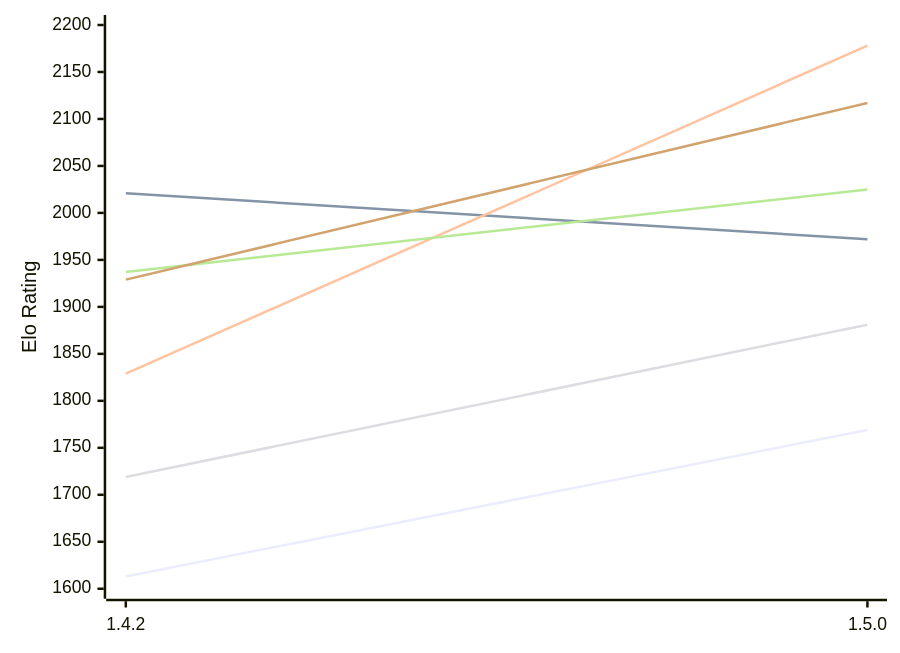
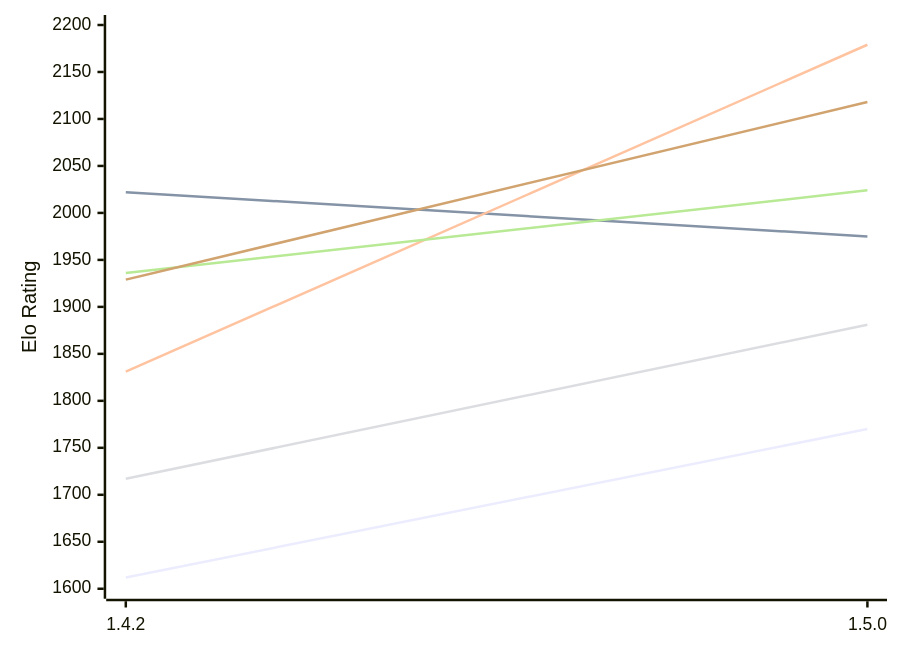
The first of 2 diagrams in engines/Zeppelin.md (computer-chess-index/cci), drawn with Mermaid before and after one commit. The commit also changed other lines of this file, not shown here.

Commit message:
Update CCI Ratings (ELO VLTC) - 2026-11-19

````diff
--- a/engines/Zeppelin.md
+++ b/engines/Zeppelin.md
@@ -57,12 +57,12 @@
 ```mermaid
 %%{init: {"theme":"base","themeVariables":{"seriesColors:['#a3a3a3','#222221','#faa371']}}}%%
 xychart-beta
   x-axis ["1.4.2", "1.5.0"]
   y-axis "Elo Rating" 1600 --> 2200
-  line "E1: STC (8.0+0.08s)" [1613, 1769]
-  line "E1: LTC (60.0+0.60s)" [2021, 1972]
-  line "E1: VLTC (2m24s+1.12s)" [1829, 2178]
-  line "P1: STC (8.0+0.08s)" [1719, 1881]
-  line "P1: LTC (60.0+0.60s)" [1937, 2025]
-  line "P1: VLTC (2m24s+1.12s)" [1929, 2117]
+  line "E1: STC (8.0+0.08s)" [1612, 1770]
+  line "E1: LTC (60.0+0.60s)" [2022, 1975]
+  line "E1: VLTC (2m24s+1.12s)" [1831, 2179]
+  line "P1: STC (8.0+0.08s)" [1717, 1881]
+  line "P1: LTC (60.0+0.60s)" [1936, 2024]
+  line "P1: VLTC (2m24s+1.12s)" [1929, 2118]
 ```
````
